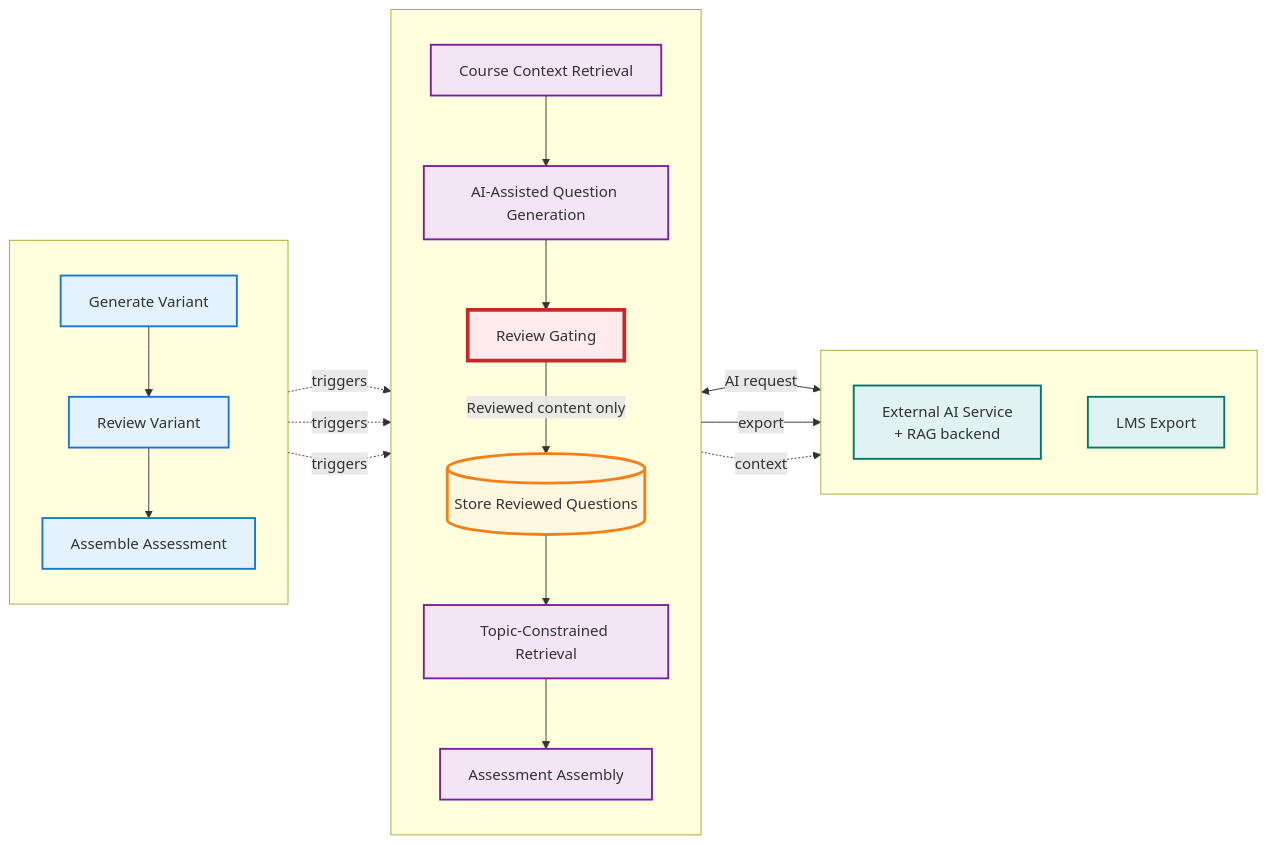
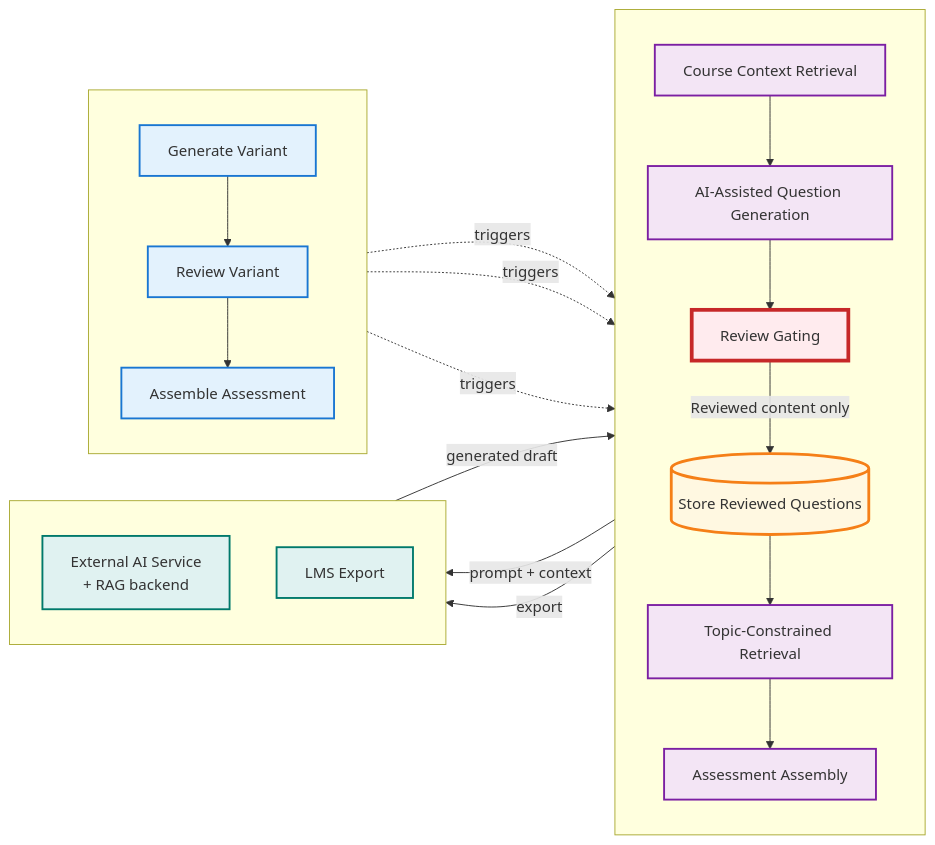
One commit to EduAI-Lab/Question-Maker changed the diagram in docs/diagrams/paper architecture/system-overview.md. Above: the diagram before and after it, drawn with Mermaid. The commit also changed 2 other files, not shown here.

````diff
--- a/docs/diagrams/paper architecture/system-overview.md
+++ b/docs/diagrams/paper architecture/system-overview.md
@@ -1,62 +1,60 @@
 ```mermaid
 graph LR
     %% Column 1: Instructor Actions (Left, Thin)
     subgraph Col1[" "]
         direction TB
         Request[Generate Variant]
         ReviewAction[Review Variant]
         Assemble[Assemble Assessment]
         
         Request --> ReviewAction
         ReviewAction --> Assemble
     end
     
     %% Column 2: Core Question Maker Workflow (Center, Main - 60-70%)
     subgraph Col2[" "]
         direction TB
         RAG[Course Context Retrieval]
         Generation[AI-Assisted Question Generation]
         ReviewGate[Review Gating]
         QuestionStore[( Store Reviewed Questions)]
         TopicRetrieval[Topic-Constrained Retrieval]
         AssessmentAssembly[Assessment Assembly]
         
         RAG --> Generation
         Generation --> ReviewGate
         ReviewGate -->|Reviewed content only| QuestionStore
         QuestionStore --> TopicRetrieval
         TopicRetrieval --> AssessmentAssembly
     end
     
     %% Column 3: External Interfaces (Right, Thin)
     subgraph Col3[" "]
         direction TB
         AIService[External AI Service <br/> + RAG backend]
         LMSExport[LMS Export]
     end
     
     %% Connections from Column 1 to Column 2
     Request -.->|triggers| RAG
     ReviewAction -.->|triggers| ReviewGate
     Assemble -.->|triggers| TopicRetrieval
     
-    %% Connections from Column 2 to Column 3
-    Generation <-->|AI request| AIService
+    %% Connections from Column 2 to Column 3 (our system drives external services)
+    Generation -->|prompt + context| AIService
+    AIService -->|generated draft| Generation
     AssessmentAssembly -->|export| LMSExport
-    
-    %% RAG connection to AI Service
-    RAG -.->|context| AIService
     
     %% Styling
     classDef instructor fill:#e3f2fd,stroke:#1976d2,stroke-width:2px
     classDef core fill:#f3e5f5,stroke:#7b1fa2,stroke-width:2px
     classDef reviewGate fill:#ffebee,stroke:#c62828,stroke-width:4px
     classDef database fill:#fff8e1,stroke:#f57f17,stroke-width:3px
     classDef external fill:#e0f2f1,stroke:#00796b,stroke-width:2px
     
     class Request,ReviewAction,Assemble instructor
     class RAG,Generation,TopicRetrieval,AssessmentAssembly core
     class ReviewGate reviewGate
     class QuestionStore database
     class AIService,LMSExport external
 ```
````
